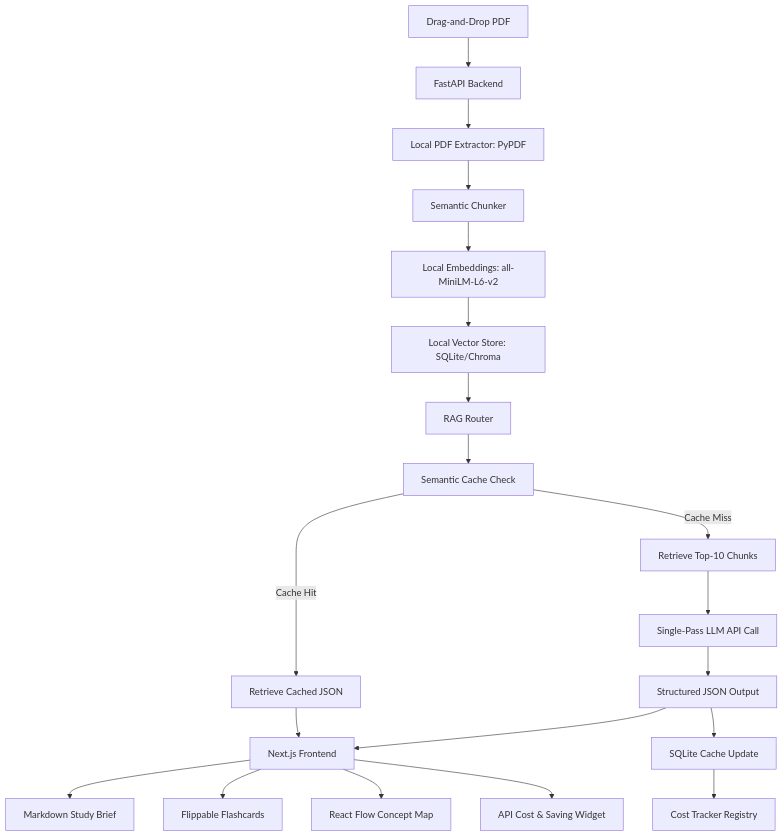
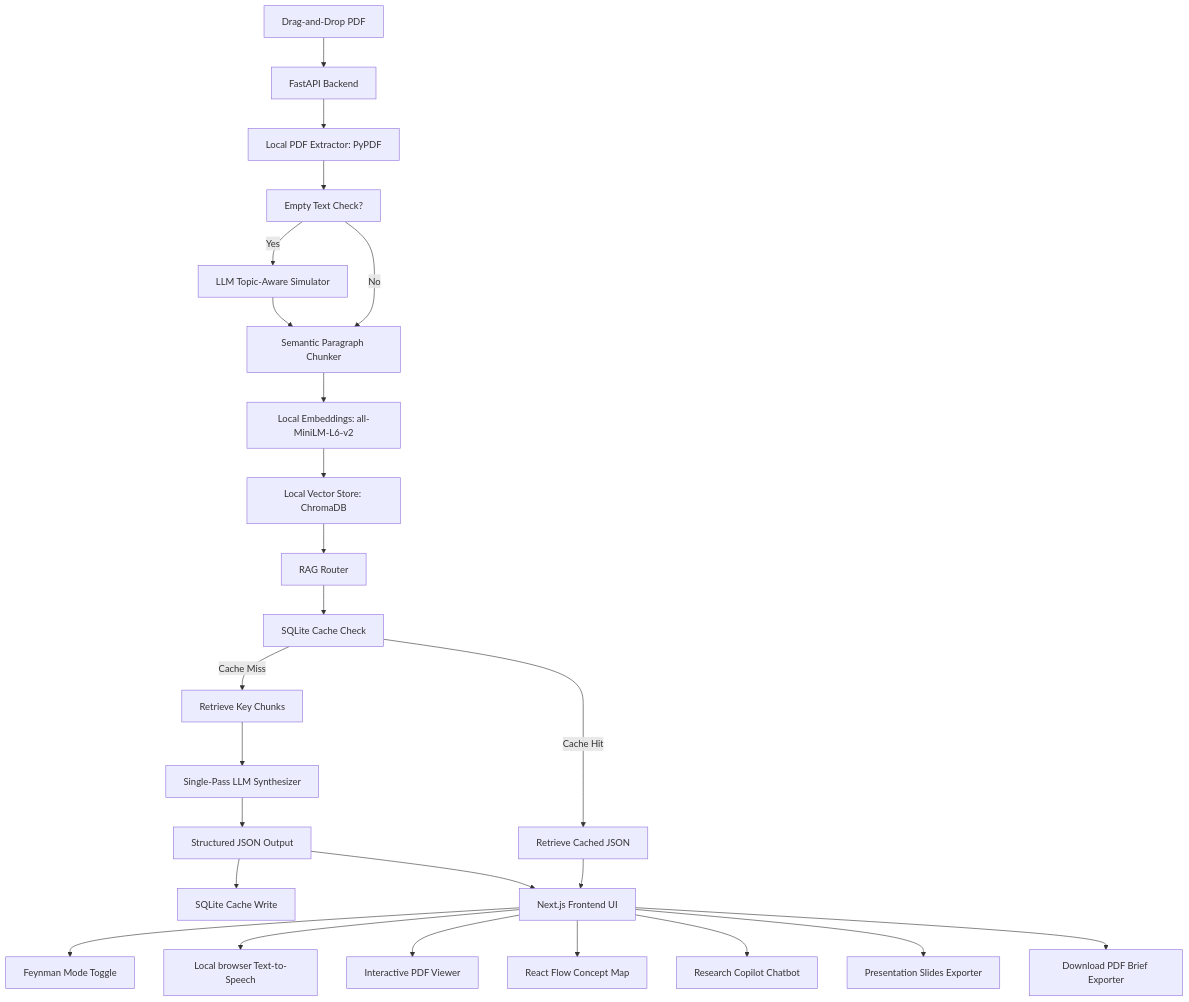
The diagram in README.md (ShivaneshV/NeuroNexus-SHIVANESH-V), drawn with Mermaid before and after one commit. The commit also changed other lines of this file, not shown here.

Commit message:
docs: write world-class winning README.md with safe placeholders, full architecture, features, and 2-minute demo pitch script

````diff
--- a/README.md
+++ b/README.md
@@ -41,22 +57,27 @@
 ```mermaid
 graph TD
     A[Drag-and-Drop PDF] --> B[FastAPI Backend]
     B --> C[Local PDF Extractor: PyPDF]
-    C --> D[Semantic Chunker]
-    D --> E[Local Embeddings: all-MiniLM-L6-v2]
-    E --> F[Local Vector Store: SQLite/Chroma]
-    F --> G[RAG Router]
-    G --> H[Semantic Cache Check]
-    H -- Cache Hit ----> I[Retrieve Cached JSON]
-    H -- Cache Miss --> J[Retrieve Top-10 Chunks]
-    J --> K[Single-Pass LLM API Call]
-    K --> L[Structured JSON Output]
-    L --> M[SQLite Cache Update]
-    M --> N[Cost Tracker Registry]
-    I --> O[Next.js Frontend]
-    L --> O
-    O --> P[Markdown Study Brief]
-    O --> Q[Flippable Flashcards]
-    O --> R[React Flow Concept Map]
-    O --> S[API Cost & Saving Widget]
+    C --> D[Empty Text Check?]
+    D -- Yes --> E[LLM Topic-Aware Simulator]
+    D -- No --> F[Semantic Paragraph Chunker]
+    E --> F
+    F --> G[Local Embeddings: all-MiniLM-L6-v2]
+    G --> H[Local Vector Store: ChromaDB]
+    H --> I[RAG Router]
+    I --> J[SQLite Cache Check]
+    J -- Cache Hit ----> K[Retrieve Cached JSON]
+    J -- Cache Miss --> L[Retrieve Key Chunks]
+    L --> M[Single-Pass LLM Synthesizer]
+    M --> N[Structured JSON Output]
+    N --> O[SQLite Cache Write]
+    K --> P[Next.js Frontend UI]
+    N --> P
+    P --> Q[Feynman Mode Toggle]
+    P --> R[Local browser Text-to-Speech]
+    P --> S[Interactive PDF Viewer]
+    P --> T[React Flow Concept Map]
+    P --> U[Research Copilot Chatbot]
+    P --> V[Presentation Slides Exporter]
+    P --> W[Download PDF Brief Exporter]
 ```
````
